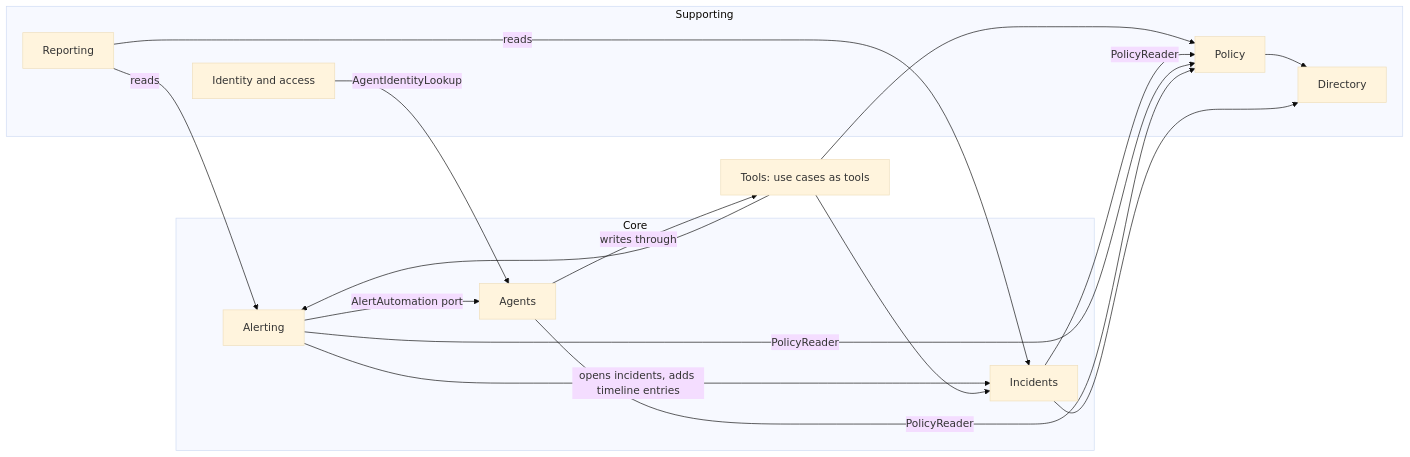
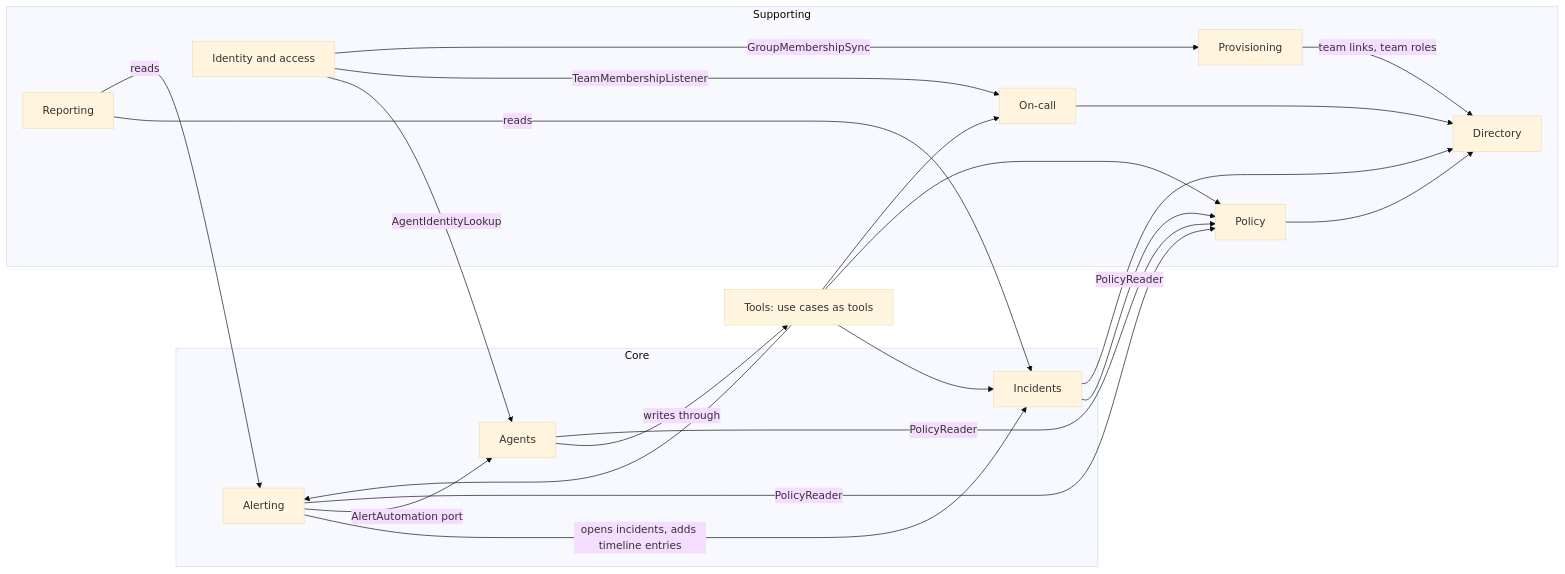
One commit to gigabrain-ideas/mayday changed the first of 4 diagrams in docs/architecture.md. Above: the diagram before and after it, drawn with Mermaid (base theme). The commit also changed other lines of this file and 51 other files, not shown here.

````diff
--- a/docs/architecture.md
+++ b/docs/architecture.md
@@ -21,30 +21,37 @@
 ```mermaid
 flowchart LR
   subgraph Core
     INC[Incidents]
     ALR[Alerting]
     AGT[Agents]
   end
   subgraph Supporting
     POL[Policy]
     IDN[Identity and access]
     DIR[Directory]
+    ONC[On-call]
+    PRV[Provisioning]
     REP[Reporting]
   end
   TOOLS[Tools: use cases as tools]
 
   ALR -- opens incidents, adds timeline entries --> INC
   ALR -- AlertAutomation port --> AGT
   AGT -- writes through --> TOOLS
   TOOLS --> INC
   TOOLS --> ALR
   TOOLS --> POL
   INC -- PolicyReader --> POL
   ALR -- PolicyReader --> POL
   AGT -- PolicyReader --> POL
   IDN -- AgentIdentityLookup --> AGT
   POL --> DIR
   INC --> DIR
   REP -- reads --> INC
   REP -- reads --> ALR
+  ONC --> DIR
+  IDN -- TeamMembershipListener --> ONC
+  IDN -- GroupMembershipSync --> PRV
+  PRV -- team links, team roles --> DIR
+  TOOLS --> ONC
 ```
````
